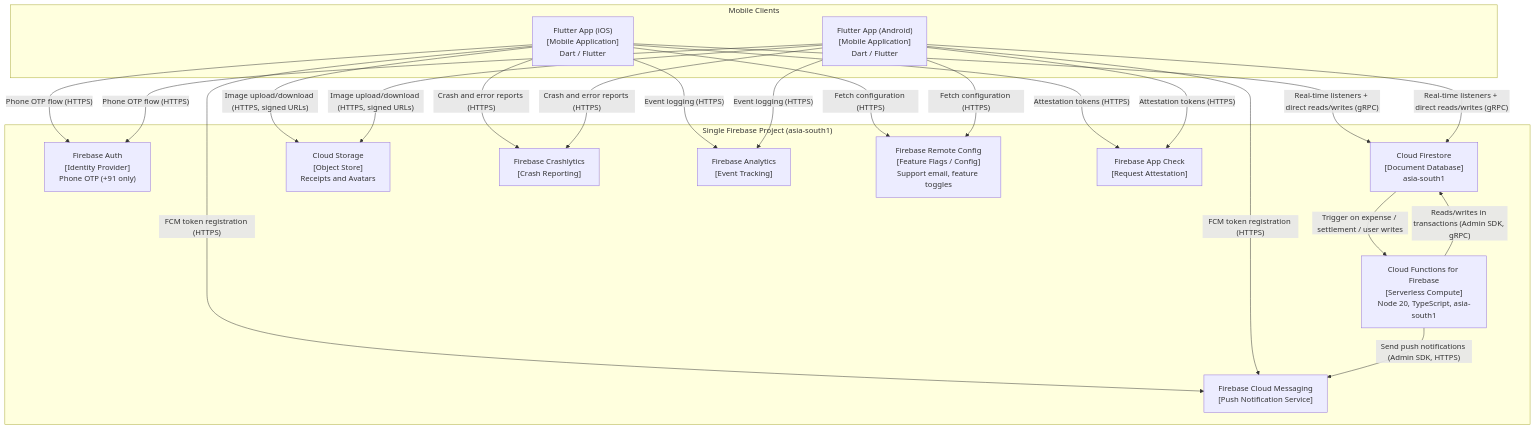
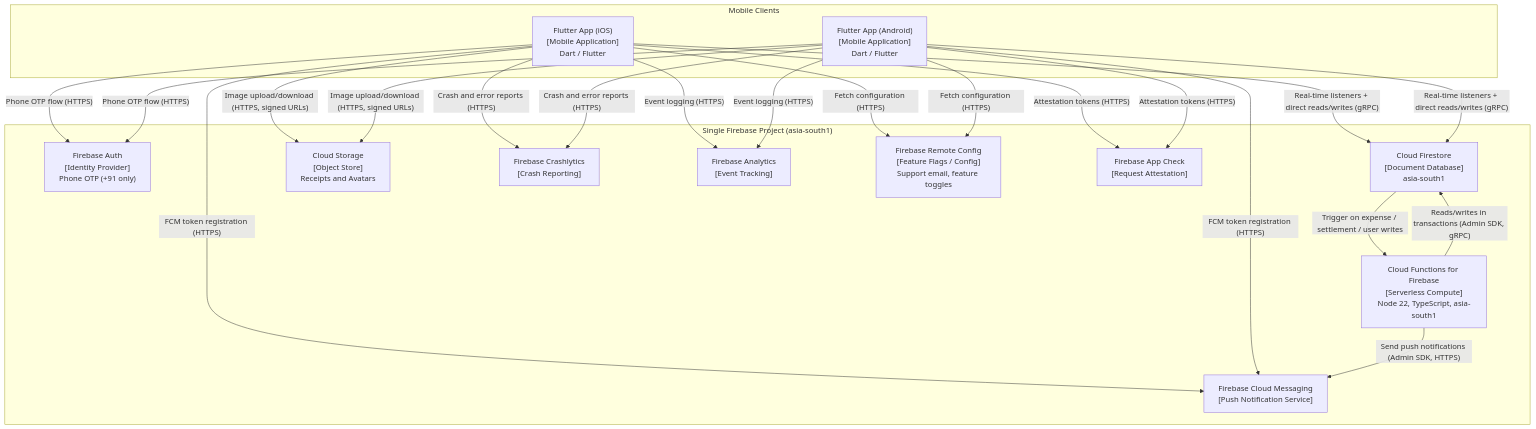
The diagram in docs/design/03-architecture/c4-container.md (avtansh-code/OneByTwo), drawn with Mermaid before and after one commit. The commit also changed other lines of this file and 99 other files, not shown here.

````diff
--- a/docs/design/03-architecture/c4-container.md
+++ b/docs/design/03-architecture/c4-container.md
@@ -25,53 +25,53 @@
 ```mermaid
 graph TD
     direction TB
 
     subgraph Clients ["Mobile Clients"]
         iOS["Flutter App (iOS)\n[Mobile Application]\nDart / Flutter"]
         Android["Flutter App (Android)\n[Mobile Application]\nDart / Flutter"]
     end
 
     subgraph FirebaseProject ["Single Firebase Project (asia-south1)"]
         Auth["Firebase Auth\n[Identity Provider]\nPhone OTP (+91 only)"]
         Firestore["Cloud Firestore\n[Document Database]\nasia-south1"]
-        Functions["Cloud Functions for Firebase\n[Serverless Compute]\nNode 20, TypeScript, asia-south1"]
+        Functions["Cloud Functions for Firebase\n[Serverless Compute]\nNode 22, TypeScript, asia-south1"]
         Storage["Cloud Storage\n[Object Store]\nReceipts and Avatars"]
         FCM["Firebase Cloud Messaging\n[Push Notification Service]"]
         Crashlytics["Firebase Crashlytics\n[Crash Reporting]"]
         Analytics["Firebase Analytics\n[Event Tracking]"]
         RemoteConfig["Firebase Remote Config\n[Feature Flags / Config]\nSupport email, feature toggles"]
         AppCheck["Firebase App Check\n[Request Attestation]"]
     end
 
     %% --- Flutter Apps to Firebase Services ---
 
     iOS -- "Real-time listeners + direct reads/writes (gRPC)" --> Firestore
     Android -- "Real-time listeners + direct reads/writes (gRPC)" --> Firestore
 
     iOS -- "Phone OTP flow (HTTPS)" --> Auth
     Android -- "Phone OTP flow (HTTPS)" --> Auth
 
     iOS -- "Image upload/download (HTTPS, signed URLs)" --> Storage
     Android -- "Image upload/download (HTTPS, signed URLs)" --> Storage
 
     iOS -- "FCM token registration (HTTPS)" --> FCM
     Android -- "FCM token registration (HTTPS)" --> FCM
 
     iOS -- "Crash and error reports (HTTPS)" --> Crashlytics
     Android -- "Crash and error reports (HTTPS)" --> Crashlytics
 
     iOS -- "Event logging (HTTPS)" --> Analytics
     Android -- "Event logging (HTTPS)" --> Analytics
 
     iOS -- "Fetch configuration (HTTPS)" --> RemoteConfig
     Android -- "Fetch configuration (HTTPS)" --> RemoteConfig
 
     iOS -- "Attestation tokens (HTTPS)" --> AppCheck
     Android -- "Attestation tokens (HTTPS)" --> AppCheck
 
     %% --- Cloud Functions integrations ---
 
     Firestore -- "Trigger on expense / settlement / user writes" --> Functions
     Functions -- "Reads/writes in transactions (Admin SDK, gRPC)" --> Firestore
     Functions -- "Send push notifications (Admin SDK, HTTPS)" --> FCM
 ```
````
